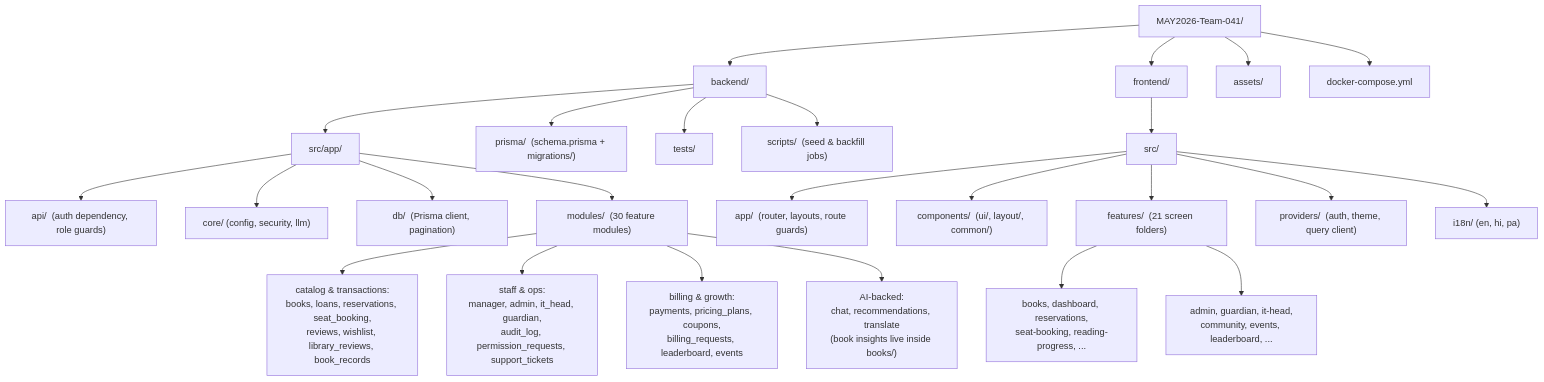
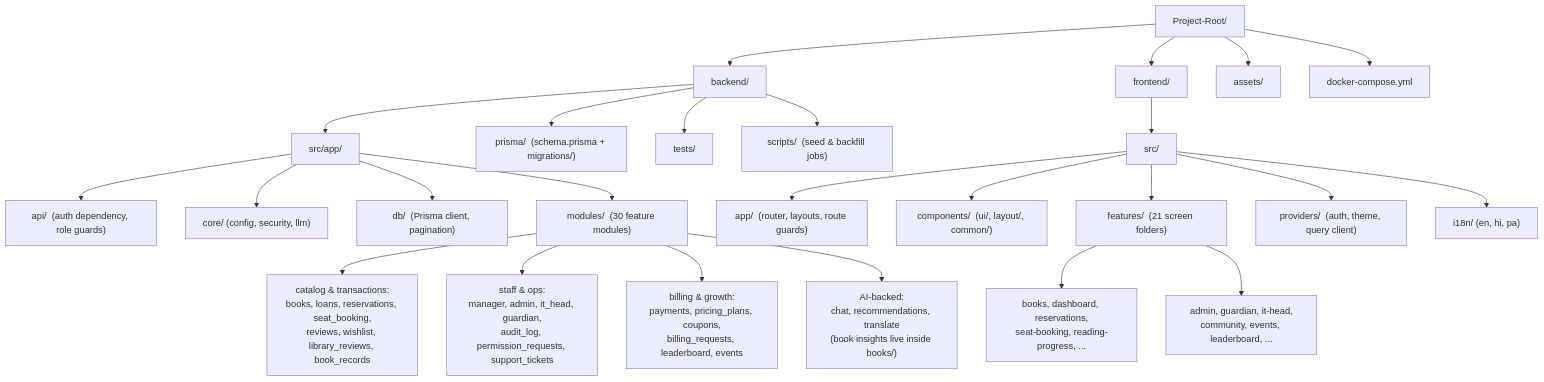
One commit to prabhbatthh/Track1 changed the second of 5 diagrams in README.md. Above: the diagram before and after it, drawn with Mermaid. The commit also changed other lines of this file and 9 other files, not shown here.

````diff
--- a/README.md
+++ b/README.md
@@ -108,33 +108,33 @@
 ```mermaid
 flowchart TD
-    Root["MAY2026-Team-041/"]
+    Root["Project-Root/"]
     Root --> Backend["backend/"]
     Root --> Frontend["frontend/"]
     Root --> Assets["assets/"]
     Root --> Compose["docker-compose.yml"]
 
     Backend --> BApp["src/app/"]
     Backend --> BPrisma["prisma/  (schema.prisma + migrations/)"]
     Backend --> BTests["tests/"]
     Backend --> BScripts["scripts/  (seed &amp; backfill jobs)"]
 
     BApp --> BApi["api/  (auth dependency, role guards)"]
     BApp --> BCore["core/  (config, security, llm)"]
     BApp --> BDb["db/  (Prisma client, pagination)"]
     BApp --> BModules["modules/  (30 feature modules)"]
 
     BModules --> BM1["catalog &amp; transactions:<br/>books, loans, reservations, seat_booking,<br/>reviews, wishlist, library_reviews, book_records"]
     BModules --> BM2["staff &amp; ops:<br/>manager, admin, it_head, guardian,<br/>audit_log, permission_requests, support_tickets"]
     BModules --> BM3["billing &amp; growth:<br/>payments, pricing_plans, coupons,<br/>billing_requests, leaderboard, events"]
     BModules --> BM4["AI-backed:<br/>chat, recommendations, translate<br/>(book insights live inside books/)"]
 
     Frontend --> FSrc["src/"]
     FSrc --> FApp["app/  (router, layouts, route guards)"]
     FSrc --> FComponents["components/  (ui/, layout/, common/)"]
     FSrc --> FFeatures["features/  (21 screen folders)"]
     FSrc --> FProviders["providers/  (auth, theme, query client)"]
     FSrc --> FI18n["i18n/  (en, hi, pa)"]
 
     FFeatures --> FF1["books, dashboard, reservations,<br/>seat-booking, reading-progress, ..."]
     FFeatures --> FF2["admin, guardian, it-head,<br/>community, events, leaderboard, ..."]
 ```
````
